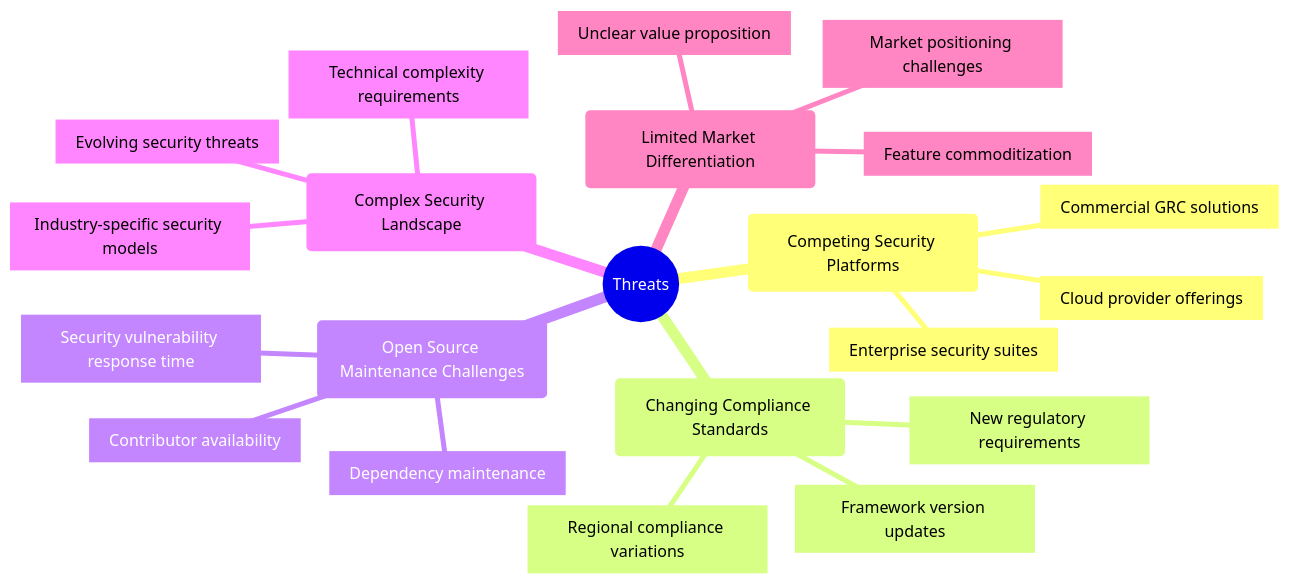
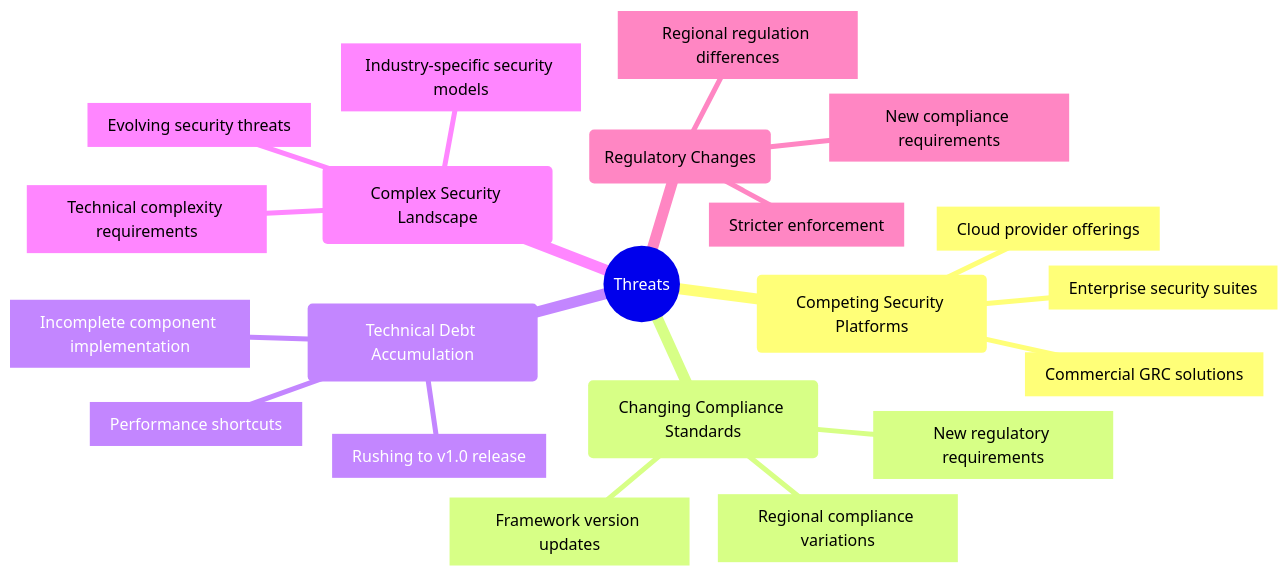
The sixth of 6 diagrams in docs/architecture/SWOT.md (Hack23/cia-compliance-manager), drawn with Mermaid before and after one commit. The commit also changed other lines of this file and 5 other files, not shown here.

````diff
--- a/docs/architecture/SWOT.md
+++ b/docs/architecture/SWOT.md
@@ -238,24 +242,24 @@
 ```mermaid
 mindmap
   root((Threats))
     id1(Competing Security Platforms)
       id1.1[Commercial GRC solutions]
       id1.2[Enterprise security suites]
       id1.3[Cloud provider offerings]
     id2(Changing Compliance Standards)
       id2.1[Framework version updates]
       id2.2[New regulatory requirements]
       id2.3[Regional compliance variations]
-    id3(Open Source Maintenance Challenges)
-      id3.1[Contributor availability]
-      id3.2[Dependency maintenance]
-      id3.3[Security vulnerability response time]
+    id3(Technical Debt Accumulation)
+      id3.1[Rushing to v1.0 release]
+      id3.2[Incomplete component implementation]
+      id3.3[Performance shortcuts]
     id4(Complex Security Landscape)
       id4.1[Evolving security threats]
       id4.2[Industry-specific security models]
       id4.3[Technical complexity requirements]
-    id5(Limited Market Differentiation)
-      id5.1[Feature commoditization]
-      id5.2[Unclear value proposition]
-      id5.3[Market positioning challenges]
+    id5(Regulatory Changes)
+      id5.1[New compliance requirements]
+      id5.2[Regional regulation differences]
+      id5.3[Stricter enforcement]
 ```
````
